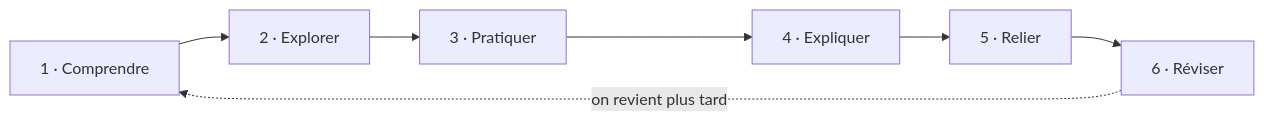
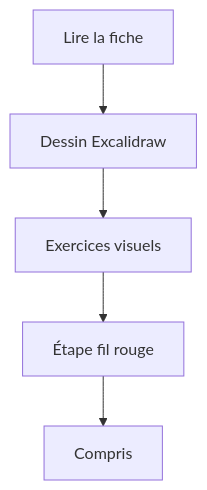
Before and after one commit to galsen-76/Informatique-: the diagram in 01 — Parcours/Méthode d'apprentissage.md, drawn with Mermaid. The commit also changed other lines of this file and 503 other files, not shown here.

````diff
--- a/01 — Parcours/Méthode d'apprentissage.md
+++ b/01 — Parcours/Méthode d'apprentissage.md
@@ -10,5 +10,7 @@
 ```mermaid
-flowchart LR
-  A[1 · Comprendre] --> B[2 · Explorer] --> C[3 · Pratiquer] --> D[4 · Expliquer] --> E[5 · Relier] --> F[6 · Réviser]
-  F -. on revient plus tard .-> A
+flowchart TB
+  A[Lire la fiche] --> B[Dessin Excalidraw]
+  B --> C[Exercices visuels]
+  C --> D[Étape fil rouge]
+  D --> E[Compris]
 ```
````
